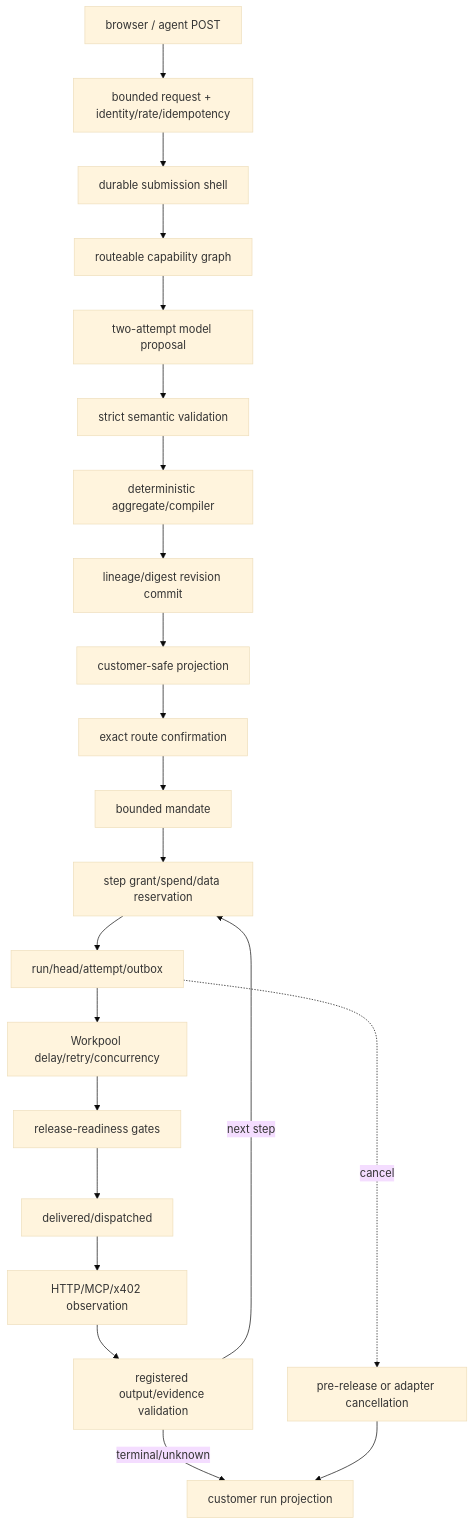
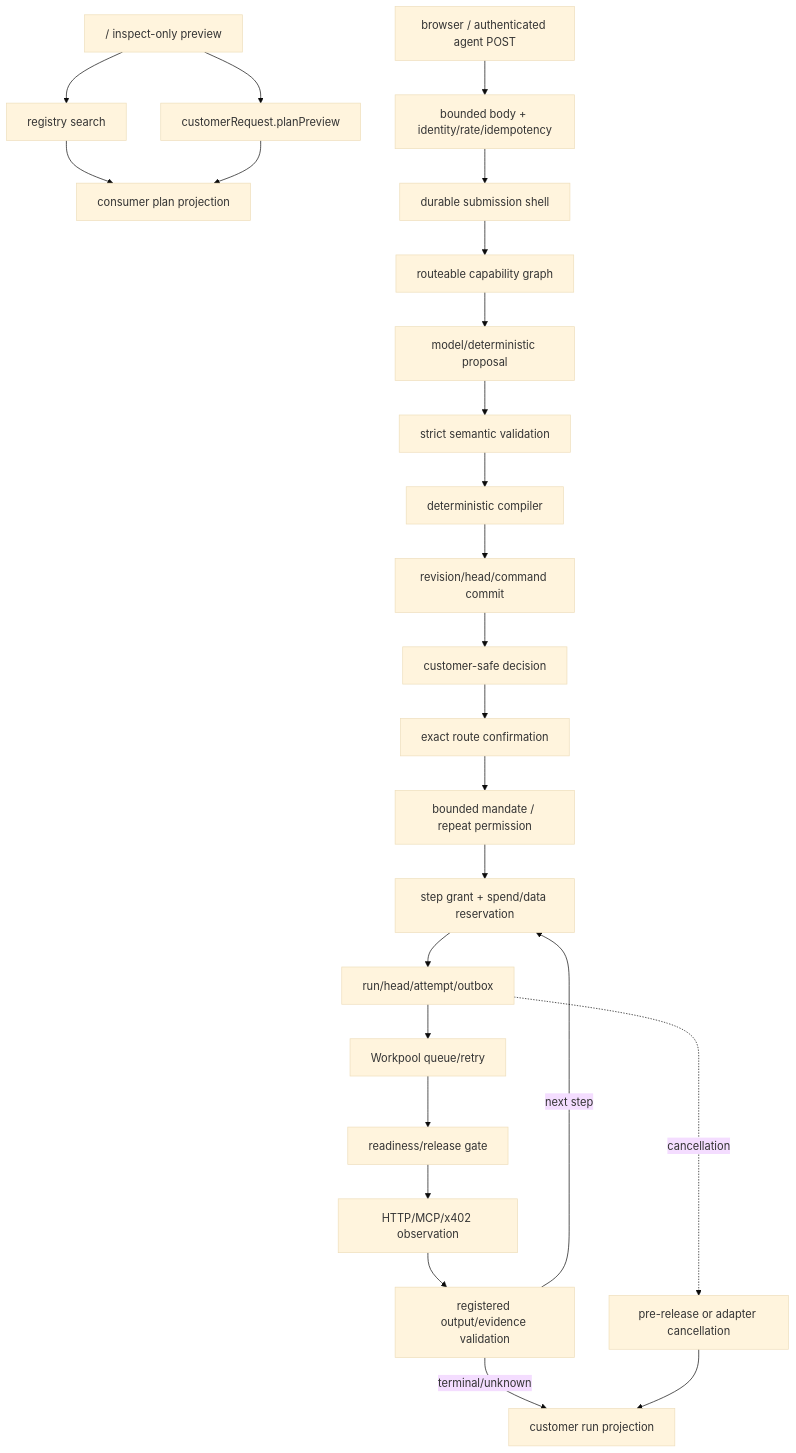
One commit to CreasyBear/Agentic-Economy changed the second of 3 diagrams in .planning/codebase/PROMPT-DATA-FLOW.md. Above: the diagram before and after it, drawn with Mermaid (base theme). The commit also changed other lines of this file, not shown here.

Commit message:
docs: refresh prompt data flow map

````diff
--- a/.planning/codebase/PROMPT-DATA-FLOW.md
+++ b/.planning/codebase/PROMPT-DATA-FLOW.md
@@ -113,16 +130,19 @@
 ```mermaid
 flowchart TD
-  IN["browser / agent POST"] --> ADMIT["bounded request + identity/rate/idempotency"]
+  HOME["/ inspect-only preview"] --> SEARCH["registry search"]
+  HOME --> PREVIEW["customerRequest.planPreview"]
+  SEARCH --> CONSUMER["consumer plan projection"]
+  PREVIEW --> CONSUMER
+  AGENT["browser / authenticated agent POST"] --> ADMIT["bounded body + identity/rate/idempotency"]
   ADMIT --> SHELL["durable submission shell"] --> GRAPH["routeable capability graph"]
-  GRAPH --> INTERPRET["two-attempt model proposal"] --> VALIDATE["strict semantic validation"]
-  VALIDATE --> COMPILE["deterministic aggregate/compiler"]
-  COMPILE --> COMMIT["lineage/digest revision commit"] --> DECISION["customer-safe projection"]
-  DECISION --> CONFIRM["exact route confirmation"] --> MANDATE["bounded mandate"]
-  MANDATE --> GRANT["step grant/spend/data reservation"] --> JOURNAL["run/head/attempt/outbox"]
-  JOURNAL --> POOL["Workpool delay/retry/concurrency"] --> OPEN["release-readiness gates"]
-  OPEN --> RELEASE["delivered/dispatched"] --> TRANSPORT["HTTP/MCP/x402 observation"]
+  GRAPH --> PROPOSAL["model/deterministic proposal"] --> VALIDATE["strict semantic validation"]
+  VALIDATE --> COMPILE["deterministic compiler"] --> COMMIT["revision/head/command commit"]
+  COMMIT --> DECISION["customer-safe decision"] --> CONFIRM["exact route confirmation"]
+  CONFIRM --> MANDATE["bounded mandate / repeat permission"] --> GRANT["step grant + spend/data reservation"]
+  GRANT --> JOURNAL["run/head/attempt/outbox"] --> POOL["Workpool queue/retry"]
+  POOL --> RELEASE["readiness/release gate"] --> TRANSPORT["HTTP/MCP/x402 observation"]
   TRANSPORT --> OUTCOME["registered output/evidence validation"]
   OUTCOME -->|next step| GRANT
   OUTCOME -->|terminal/unknown| RUNPROJ["customer run projection"]
-  JOURNAL -. cancel .-> CANCEL["pre-release or adapter cancellation"] --> RUNPROJ
+  JOURNAL -. cancellation .-> CANCEL["pre-release or adapter cancellation"] --> RUNPROJ
 ```
````
